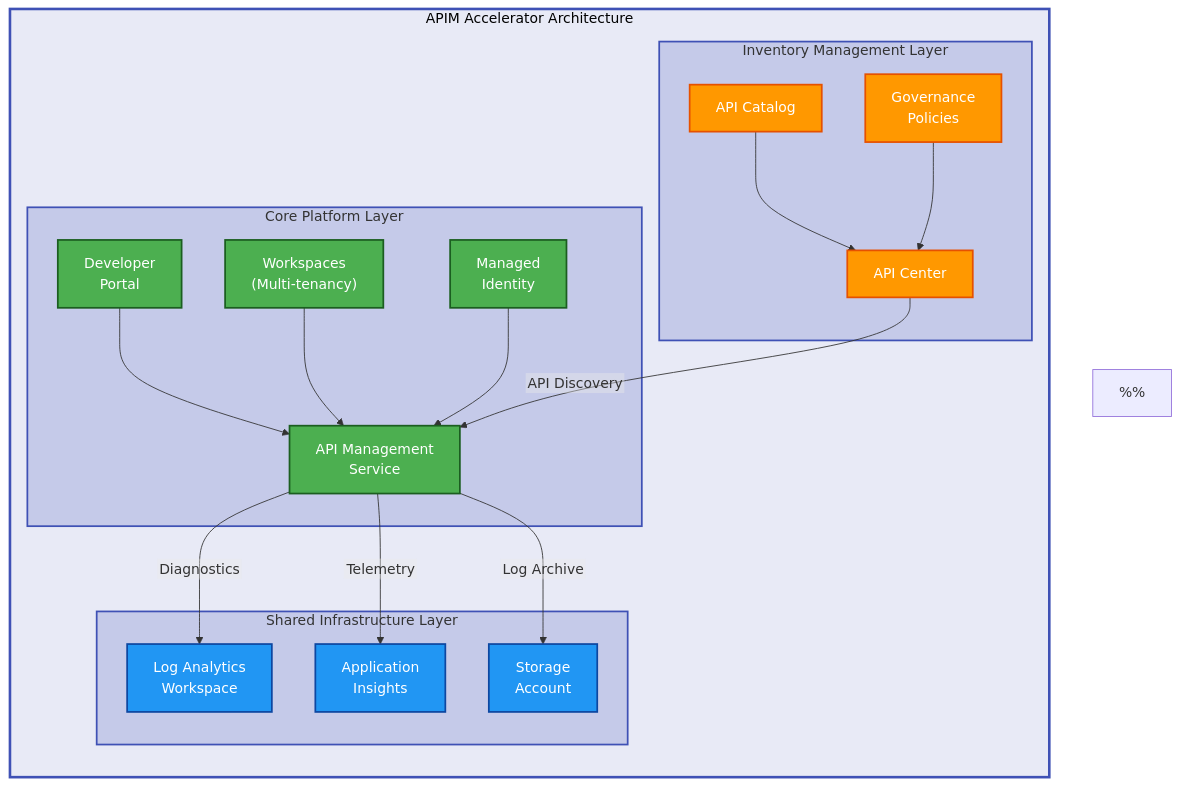
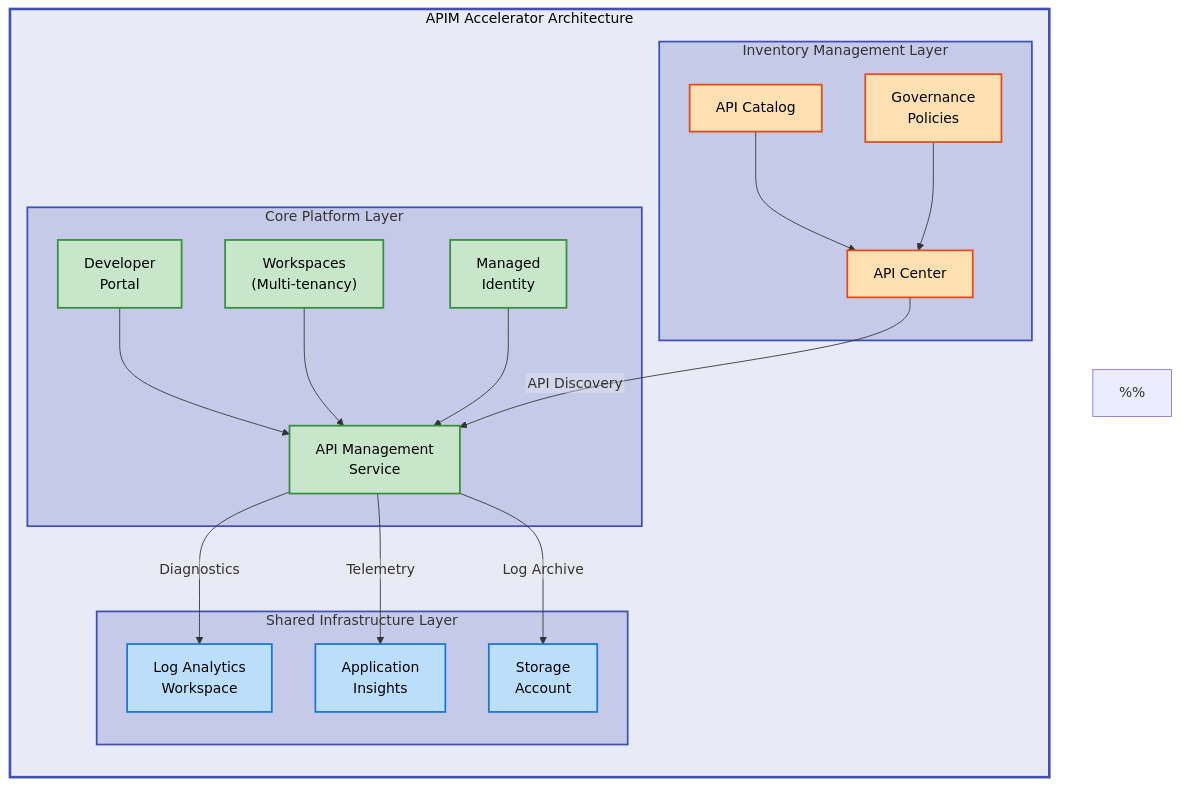
The diagram in README.md (Evilazaro/APIM-Accelerator), drawn with Mermaid before and after one commit.

Commit message:
Enhance flowchart color scheme in README.md for a more professional appearance and improved clarity

````diff
--- a/README.md
+++ b/README.md
@@ -169,81 +169,81 @@
 ```mermaid
 %%{init: {"flowchart": {"htmlLabels": false}} }%%
 flowchart TB
     %% ============================================
     %% STANDARD COLOR SCHEME - DO NOT MODIFY
     %% ============================================
     %% Main Group Level (Neutral background)
     classDef mainGroup fill:#E8EAF6,stroke:#3F51B5,stroke-width:3px,color:#000
 
     %% Sub Group Level
     classDef subGroup fill:#C5CAE9,stroke:#3F51B5,stroke-width:2px,color:#000
 
-    %% Content Level (Semantic colors - using darker/saturated fills for contrast)
-    classDef mdBlue fill:#2196F3,stroke:#0D47A1,stroke-width:2px,color:#FFF
-    classDef mdGreen fill:#4CAF50,stroke:#1B5E20,stroke-width:2px,color:#FFF
-    classDef mdRed fill:#F44336,stroke:#B71C1C,stroke-width:2px,color:#FFF
-    classDef mdYellow fill:#FFEB3B,stroke:#F57F17,stroke-width:2px,color:#000
-    classDef mdOrange fill:#FF9800,stroke:#E65100,stroke-width:2px,color:#FFF
-    classDef mdPurple fill:#9C27B0,stroke:#4A148C,stroke-width:2px,color:#FFF
-    classDef mdTeal fill:#009688,stroke:#004D40,stroke-width:2px,color:#FFF
-    classDef mdGrey fill:#757575,stroke:#212121,stroke-width:2px,color:#FFF
+    %% Content Level (Semantic colors - Material Design 100-200 shades for light, professional appearance)
+    classDef mdBlue fill:#BBDEFB,stroke:#1976D2,stroke-width:2px,color:#000
+    classDef mdGreen fill:#C8E6C9,stroke:#388E3C,stroke-width:2px,color:#000
+    classDef mdRed fill:#FFCDD2,stroke:#D32F2F,stroke-width:2px,color:#000
+    classDef mdYellow fill:#FFF9C4,stroke:#F57F17,stroke-width:2px,color:#000
+    classDef mdOrange fill:#FFE0B2,stroke:#E64A19,stroke-width:2px,color:#000
+    classDef mdPurple fill:#E1BEE7,stroke:#7B1FA2,stroke-width:2px,color:#000
+    classDef mdTeal fill:#B2DFDB,stroke:#00796B,stroke-width:2px,color:#000
+    classDef mdGrey fill:#F5F5F5,stroke:#616161,stroke-width:2px,color:#000
     %% ============================================
     %% COLOR SCHEME DOCUMENTATION
     %% ============================================
     %% Level 1 (Main Groups): Indigo 50 (#E8EAF6)
     %%   - Used for: Top-level architecture container
     %%   - Purpose: Visual hierarchy and separation
     %%   - Stroke: Indigo 500 (#3F51B5), 3px
     %%
     %% Level 2 (Sub Groups): Indigo 100 (#C5CAE9)
     %%   - Used for: Layer groupings (shared, core, inventory)
     %%   - Stroke: Indigo 500 (#3F51B5), 2px
     %%
-    %% Level 3 (Content): Material Design semantic colors
-    %%   - Blue (#2196F3): Shared infrastructure components - Vibrant blue
-    %%   - Green (#4CAF50): Core platform services - Vibrant green
-    %%   - Orange (#FF9800): Inventory management components - Vibrant orange
+    %% Level 3 (Content): Material Design semantic colors (100-200 shades)
+    %%   - Blue (#BBDEFB): Shared infrastructure components
+    %%   - Green (#C8E6C9): Core platform services
+    %%   - Orange (#FFE0B2): Inventory management components
     %% ============================================
 
     subgraph system["APIM Accelerator Architecture"]
         direction TB
 
         subgraph shared["Shared Infrastructure Layer"]
             logs["Log Analytics<br/>Workspace"]:::mdBlue
             insights["Application<br/>Insights"]:::mdBlue
             storage["Storage<br/>Account"]:::mdBlue
         end
 
         subgraph core["Core Platform Layer"]
             apim["API Management<br/>Service"]:::mdGreen
             identity["Managed<br/>Identity"]:::mdGreen
             portal["Developer<br/>Portal"]:::mdGreen
             workspace["Workspaces<br/>(Multi-tenancy)"]:::mdGreen
         end
 
         subgraph inventory["Inventory Management Layer"]
             apicenter["API Center"]:::mdOrange
             catalog["API Catalog"]:::mdOrange
             governance["Governance<br/>Policies"]:::mdOrange
         end
 
         apim -->|"Diagnostics"| logs
         apim -->|"Telemetry"| insights
         apim -->|"Log Archive"| storage
         portal --> apim
         workspace --> apim
         identity --> apim
         apicenter -->|"API Discovery"| apim
         catalog --> apicenter
         governance --> apicenter
     end
 
     %% Apply styling - main group and subgroups
     class system mainGroup
     class shared,core,inventory subGroup
 
     %% Apply inline styling to ensure nested subgraphs render with visible backgrounds
     style shared fill:#C5CAE9,stroke:#3F51B5,stroke-width:2px
     style core fill:#C5CAE9,stroke:#3F51B5,stroke-width:2px
     style inventory fill:#C5CAE9,stroke:#3F51B5,stroke-width:2px
 ```
````
